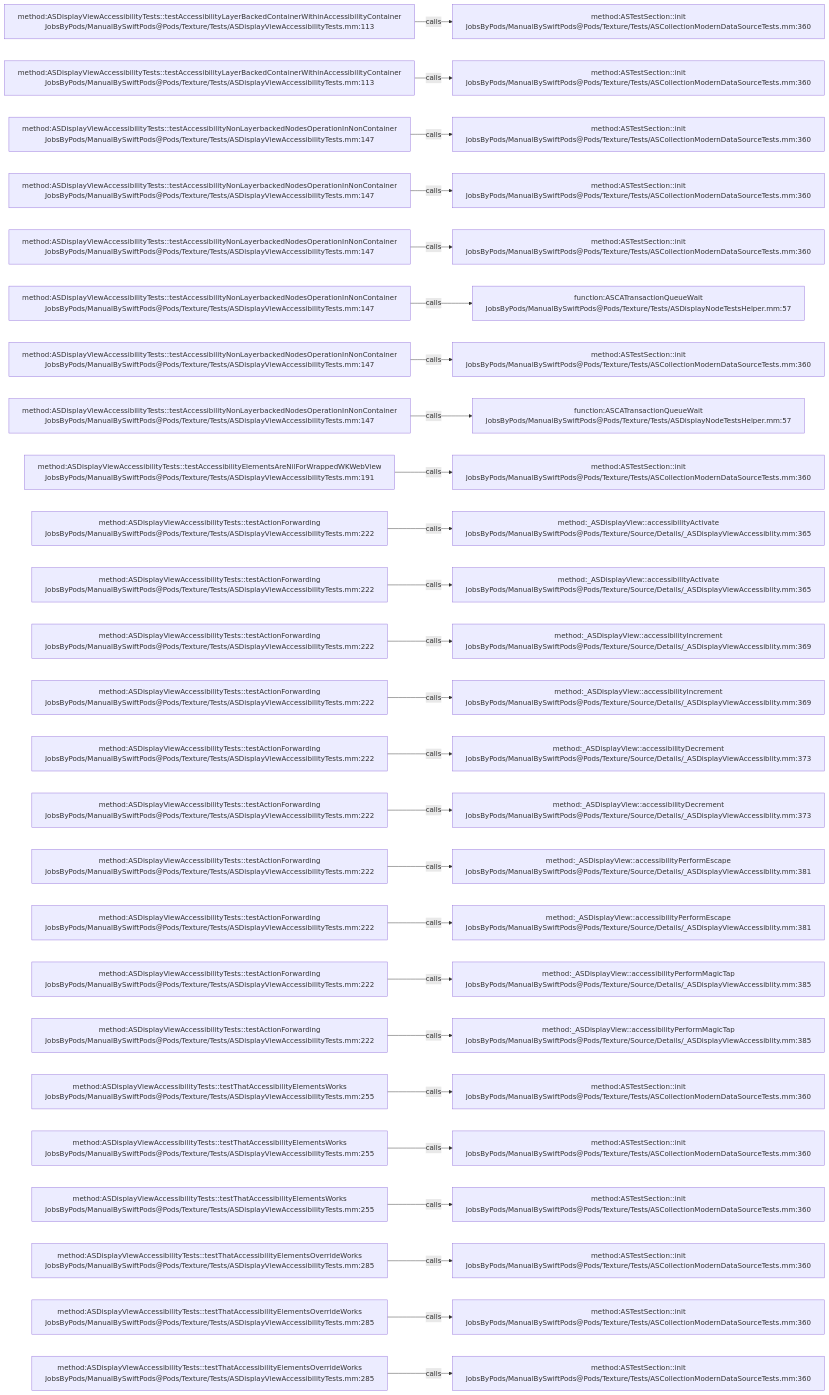
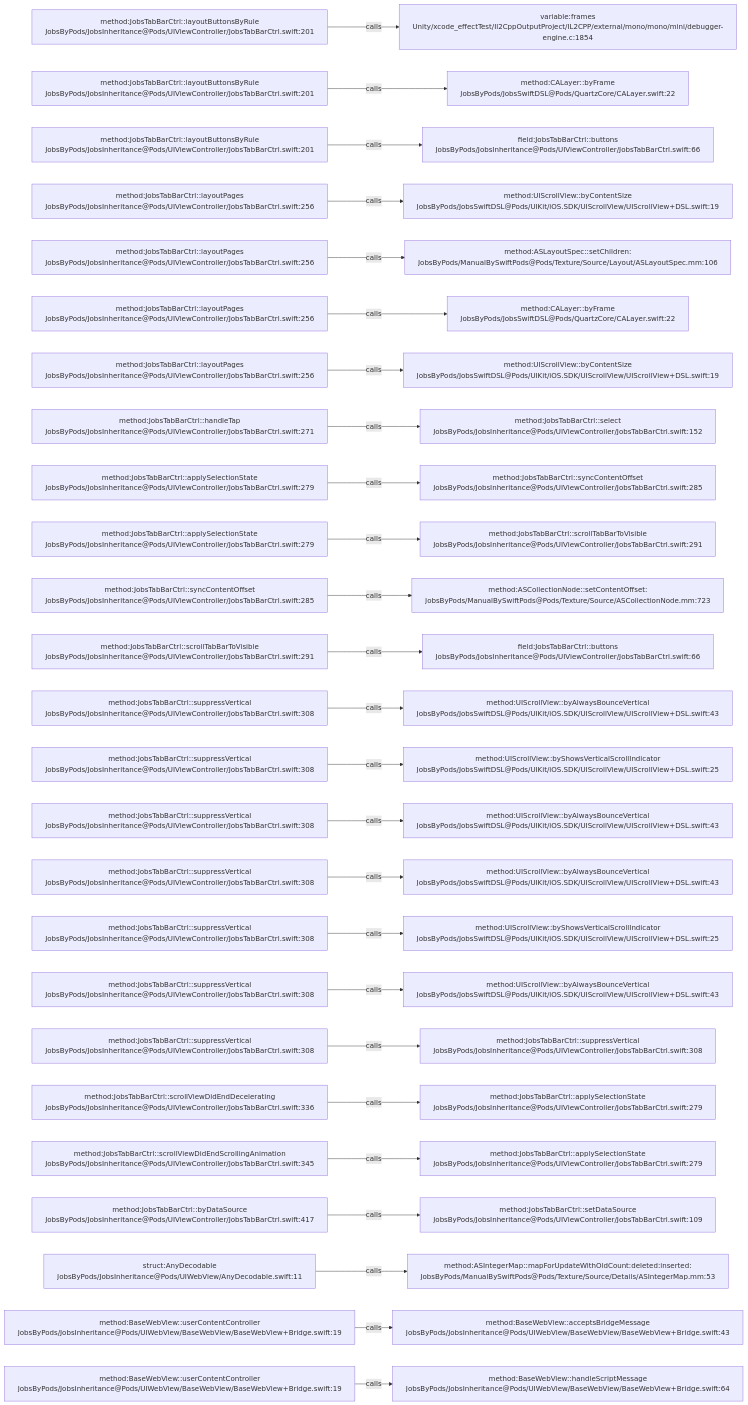
The diagram in .codegraph/codegraph.md/graphs/calls-198.md (JobsKits/JobsSwiftBaseConfigDemo), drawn with Mermaid before and after one commit. The commit also changed 224 other files, not shown here.

````diff
--- a/.codegraph/codegraph.md/graphs/calls-198.md
+++ b/.codegraph/codegraph.md/graphs/calls-198.md
@@ -13,78 +13,78 @@
 ```mermaid
 flowchart LR
-  S1["method:ASDisplayViewAccessibilityTests::testAccessibilityLayerBackedContainerWithinAccessibilityContainer<br/>JobsByPods/ManualBySwiftPods@Pods/Texture/Tests/ASDisplayViewAccessibilityTests.mm:113"]
-  T1["method:ASTestSection::init<br/>JobsByPods/ManualBySwiftPods@Pods/Texture/Tests/ASCollectionModernDataSourceTests.mm:360"]
+  S1["method:JobsTabBarCtrl::layoutButtonsByRule<br/>JobsByPods/JobsInheritance@Pods/UIViewController/JobsTabBarCtrl.swift:201"]
+  T1["variable:frames<br/>Unity/xcode_effectTest/Il2CppOutputProject/IL2CPP/external/mono/mono/mini/debugger-engine.c:1854"]
   S1 -->|calls| T1
-  S2["method:ASDisplayViewAccessibilityTests::testAccessibilityLayerBackedContainerWithinAccessibilityContainer<br/>JobsByPods/ManualBySwiftPods@Pods/Texture/Tests/ASDisplayViewAccessibilityTests.mm:113"]
-  T2["method:ASTestSection::init<br/>JobsByPods/ManualBySwiftPods@Pods/Texture/Tests/ASCollectionModernDataSourceTests.mm:360"]
+  S2["method:JobsTabBarCtrl::layoutButtonsByRule<br/>JobsByPods/JobsInheritance@Pods/UIViewController/JobsTabBarCtrl.swift:201"]
+  T2["method:CALayer::byFrame<br/>JobsByPods/JobsSwiftDSL@Pods/QuartzCore/CALayer.swift:22"]
   S2 -->|calls| T2
-  S3["method:ASDisplayViewAccessibilityTests::testAccessibilityNonLayerbackedNodesOperationInNonContainer<br/>JobsByPods/ManualBySwiftPods@Pods/Texture/Tests/ASDisplayViewAccessibilityTests.mm:147"]
-  T3["method:ASTestSection::init<br/>JobsByPods/ManualBySwiftPods@Pods/Texture/Tests/ASCollectionModernDataSourceTests.mm:360"]
+  S3["method:JobsTabBarCtrl::layoutButtonsByRule<br/>JobsByPods/JobsInheritance@Pods/UIViewController/JobsTabBarCtrl.swift:201"]
+  T3["field:JobsTabBarCtrl::buttons<br/>JobsByPods/JobsInheritance@Pods/UIViewController/JobsTabBarCtrl.swift:66"]
   S3 -->|calls| T3
-  S4["method:ASDisplayViewAccessibilityTests::testAccessibilityNonLayerbackedNodesOperationInNonContainer<br/>JobsByPods/ManualBySwiftPods@Pods/Texture/Tests/ASDisplayViewAccessibilityTests.mm:147"]
-  T4["method:ASTestSection::init<br/>JobsByPods/ManualBySwiftPods@Pods/Texture/Tests/ASCollectionModernDataSourceTests.mm:360"]
+  S4["method:JobsTabBarCtrl::layoutPages<br/>JobsByPods/JobsInheritance@Pods/UIViewController/JobsTabBarCtrl.swift:256"]
+  T4["method:UIScrollView::byContentSize<br/>JobsByPods/JobsSwiftDSL@Pods/UIKit/iOS.SDK/UIScrollView/UIScrollView+DSL.swift:19"]
   S4 -->|calls| T4
-  S5["method:ASDisplayViewAccessibilityTests::testAccessibilityNonLayerbackedNodesOperationInNonContainer<br/>JobsByPods/ManualBySwiftPods@Pods/Texture/Tests/ASDisplayViewAccessibilityTests.mm:147"]
-  T5["method:ASTestSection::init<br/>JobsByPods/ManualBySwiftPods@Pods/Texture/Tests/ASCollectionModernDataSourceTests.mm:360"]
+  S5["method:JobsTabBarCtrl::layoutPages<br/>JobsByPods/JobsInheritance@Pods/UIViewController/JobsTabBarCtrl.swift:256"]
+  T5["method:ASLayoutSpec::setChildren:<br/>JobsByPods/ManualBySwiftPods@Pods/Texture/Source/Layout/ASLayoutSpec.mm:106"]
   S5 -->|calls| T5
-  S6["method:ASDisplayViewAccessibilityTests::testAccessibilityNonLayerbackedNodesOperationInNonContainer<br/>JobsByPods/ManualBySwiftPods@Pods/Texture/Tests/ASDisplayViewAccessibilityTests.mm:147"]
-  T6["function:ASCATransactionQueueWait<br/>JobsByPods/ManualBySwiftPods@Pods/Texture/Tests/ASDisplayNodeTestsHelper.mm:57"]
+  S6["method:JobsTabBarCtrl::layoutPages<br/>JobsByPods/JobsInheritance@Pods/UIViewController/JobsTabBarCtrl.swift:256"]
+  T6["method:CALayer::byFrame<br/>JobsByPods/JobsSwiftDSL@Pods/QuartzCore/CALayer.swift:22"]
   S6 -->|calls| T6
-  S7["method:ASDisplayViewAccessibilityTests::testAccessibilityNonLayerbackedNodesOperationInNonContainer<br/>JobsByPods/ManualBySwiftPods@Pods/Texture/Tests/ASDisplayViewAccessibilityTests.mm:147"]
-  T7["method:ASTestSection::init<br/>JobsByPods/ManualBySwiftPods@Pods/Texture/Tests/ASCollectionModernDataSourceTests.mm:360"]
+  S7["method:JobsTabBarCtrl::layoutPages<br/>JobsByPods/JobsInheritance@Pods/UIViewController/JobsTabBarCtrl.swift:256"]
+  T7["method:UIScrollView::byContentSize<br/>JobsByPods/JobsSwiftDSL@Pods/UIKit/iOS.SDK/UIScrollView/UIScrollView+DSL.swift:19"]
   S7 -->|calls| T7
-  S8["method:ASDisplayViewAccessibilityTests::testAccessibilityNonLayerbackedNodesOperationInNonContainer<br/>JobsByPods/ManualBySwiftPods@Pods/Texture/Tests/ASDisplayViewAccessibilityTests.mm:147"]
-  T8["function:ASCATransactionQueueWait<br/>JobsByPods/ManualBySwiftPods@Pods/Texture/Tests/ASDisplayNodeTestsHelper.mm:57"]
+  S8["method:JobsTabBarCtrl::handleTap<br/>JobsByPods/JobsInheritance@Pods/UIViewController/JobsTabBarCtrl.swift:271"]
+  T8["method:JobsTabBarCtrl::select<br/>JobsByPods/JobsInheritance@Pods/UIViewController/JobsTabBarCtrl.swift:152"]
   S8 -->|calls| T8
-  S9["method:ASDisplayViewAccessibilityTests::testAccessibilityElementsAreNilForWrappedWKWebView<br/>JobsByPods/ManualBySwiftPods@Pods/Texture/Tests/ASDisplayViewAccessibilityTests.mm:191"]
-  T9["method:ASTestSection::init<br/>JobsByPods/ManualBySwiftPods@Pods/Texture/Tests/ASCollectionModernDataSourceTests.mm:360"]
+  S9["method:JobsTabBarCtrl::applySelectionState<br/>JobsByPods/JobsInheritance@Pods/UIViewController/JobsTabBarCtrl.swift:279"]
+  T9["method:JobsTabBarCtrl::syncContentOffset<br/>JobsByPods/JobsInheritance@Pods/UIViewController/JobsTabBarCtrl.swift:285"]
   S9 -->|calls| T9
-  S10["method:ASDisplayViewAccessibilityTests::testActionForwarding<br/>JobsByPods/ManualBySwiftPods@Pods/Texture/Tests/ASDisplayViewAccessibilityTests.mm:222"]
-  T10["method:_ASDisplayView::accessibilityActivate<br/>JobsByPods/ManualBySwiftPods@Pods/Texture/Source/Details/_ASDisplayViewAccessiblity.mm:365"]
+  S10["method:JobsTabBarCtrl::applySelectionState<br/>JobsByPods/JobsInheritance@Pods/UIViewController/JobsTabBarCtrl.swift:279"]
+  T10["method:JobsTabBarCtrl::scrollTabBarToVisible<br/>JobsByPods/JobsInheritance@Pods/UIViewController/JobsTabBarCtrl.swift:291"]
   S10 -->|calls| T10
-  S11["method:ASDisplayViewAccessibilityTests::testActionForwarding<br/>JobsByPods/ManualBySwiftPods@Pods/Texture/Tests/ASDisplayViewAccessibilityTests.mm:222"]
-  T11["method:_ASDisplayView::accessibilityActivate<br/>JobsByPods/ManualBySwiftPods@Pods/Texture/Source/Details/_ASDisplayViewAccessiblity.mm:365"]
+  S11["method:JobsTabBarCtrl::syncContentOffset<br/>JobsByPods/JobsInheritance@Pods/UIViewController/JobsTabBarCtrl.swift:285"]
+  T11["method:ASCollectionNode::setContentOffset:<br/>JobsByPods/ManualBySwiftPods@Pods/Texture/Source/ASCollectionNode.mm:723"]
   S11 -->|calls| T11
-  S12["method:ASDisplayViewAccessibilityTests::testActionForwarding<br/>JobsByPods/ManualBySwiftPods@Pods/Texture/Tests/ASDisplayViewAccessibilityTests.mm:222"]
-  T12["method:_ASDisplayView::accessibilityIncrement<br/>JobsByPods/ManualBySwiftPods@Pods/Texture/Source/Details/_ASDisplayViewAccessiblity.mm:369"]
+  S12["method:JobsTabBarCtrl::scrollTabBarToVisible<br/>JobsByPods/JobsInheritance@Pods/UIViewController/JobsTabBarCtrl.swift:291"]
+  T12["field:JobsTabBarCtrl::buttons<br/>JobsByPods/JobsInheritance@Pods/UIViewController/JobsTabBarCtrl.swift:66"]
   S12 -->|calls| T12
-  S13["method:ASDisplayViewAccessibilityTests::testActionForwarding<br/>JobsByPods/ManualBySwiftPods@Pods/Texture/Tests/ASDisplayViewAccessibilityTests.mm:222"]
-  T13["method:_ASDisplayView::accessibilityIncrement<br/>JobsByPods/ManualBySwiftPods@Pods/Texture/Source/Details/_ASDisplayViewAccessiblity.mm:369"]
+  S13["method:JobsTabBarCtrl::suppressVertical<br/>JobsByPods/JobsInheritance@Pods/UIViewController/JobsTabBarCtrl.swift:308"]
+  T13["method:UIScrollView::byAlwaysBounceVertical<br/>JobsByPods/JobsSwiftDSL@Pods/UIKit/iOS.SDK/UIScrollView/UIScrollView+DSL.swift:43"]
   S13 -->|calls| T13
-  S14["method:ASDisplayViewAccessibilityTests::testActionForwarding<br/>JobsByPods/ManualBySwiftPods@Pods/Texture/Tests/ASDisplayViewAccessibilityTests.mm:222"]
-  T14["method:_ASDisplayView::accessibilityDecrement<br/>JobsByPods/ManualBySwiftPods@Pods/Texture/Source/Details/_ASDisplayViewAccessiblity.mm:373"]
+  S14["method:JobsTabBarCtrl::suppressVertical<br/>JobsByPods/JobsInheritance@Pods/UIViewController/JobsTabBarCtrl.swift:308"]
+  T14["method:UIScrollView::byShowsVerticalScrollIndicator<br/>JobsByPods/JobsSwiftDSL@Pods/UIKit/iOS.SDK/UIScrollView/UIScrollView+DSL.swift:25"]
   S14 -->|calls| T14
-  S15["method:ASDisplayViewAccessibilityTests::testActionForwarding<br/>JobsByPods/ManualBySwiftPods@Pods/Texture/Tests/ASDisplayViewAccessibilityTests.mm:222"]
-  T15["method:_ASDisplayView::accessibilityDecrement<br/>JobsByPods/ManualBySwiftPods@Pods/Texture/Source/Details/_ASDisplayViewAccessiblity.mm:373"]
+  S15["method:JobsTabBarCtrl::suppressVertical<br/>JobsByPods/JobsInheritance@Pods/UIViewController/JobsTabBarCtrl.swift:308"]
+  T15["method:UIScrollView::byAlwaysBounceVertical<br/>JobsByPods/JobsSwiftDSL@Pods/UIKit/iOS.SDK/UIScrollView/UIScrollView+DSL.swift:43"]
   S15 -->|calls| T15
-  S16["method:ASDisplayViewAccessibilityTests::testActionForwarding<br/>JobsByPods/ManualBySwiftPods@Pods/Texture/Tests/ASDisplayViewAccessibilityTests.mm:222"]
-  T16["method:_ASDisplayView::accessibilityPerformEscape<br/>JobsByPods/ManualBySwiftPods@Pods/Texture/Source/Details/_ASDisplayViewAccessiblity.mm:381"]
+  S16["method:JobsTabBarCtrl::suppressVertical<br/>JobsByPods/JobsInheritance@Pods/UIViewController/JobsTabBarCtrl.swift:308"]
+  T16["method:UIScrollView::byAlwaysBounceVertical<br/>JobsByPods/JobsSwiftDSL@Pods/UIKit/iOS.SDK/UIScrollView/UIScrollView+DSL.swift:43"]
   S16 -->|calls| T16
-  S17["method:ASDisplayViewAccessibilityTests::testActionForwarding<br/>JobsByPods/ManualBySwiftPods@Pods/Texture/Tests/ASDisplayViewAccessibilityTests.mm:222"]
-  T17["method:_ASDisplayView::accessibilityPerformEscape<br/>JobsByPods/ManualBySwiftPods@Pods/Texture/Source/Details/_ASDisplayViewAccessiblity.mm:381"]
+  S17["method:JobsTabBarCtrl::suppressVertical<br/>JobsByPods/JobsInheritance@Pods/UIViewController/JobsTabBarCtrl.swift:308"]
+  T17["method:UIScrollView::byShowsVerticalScrollIndicator<br/>JobsByPods/JobsSwiftDSL@Pods/UIKit/iOS.SDK/UIScrollView/UIScrollView+DSL.swift:25"]
   S17 -->|calls| T17
-  S18["method:ASDisplayViewAccessibilityTests::testActionForwarding<br/>JobsByPods/ManualBySwiftPods@Pods/Texture/Tests/ASDisplayViewAccessibilityTests.mm:222"]
-  T18["method:_ASDisplayView::accessibilityPerformMagicTap<br/>JobsByPods/ManualBySwiftPods@Pods/Texture/Source/Details/_ASDisplayViewAccessiblity.mm:385"]
+  S18["method:JobsTabBarCtrl::suppressVertical<br/>JobsByPods/JobsInheritance@Pods/UIViewController/JobsTabBarCtrl.swift:308"]
+  T18["method:UIScrollView::byAlwaysBounceVertical<br/>JobsByPods/JobsSwiftDSL@Pods/UIKit/iOS.SDK/UIScrollView/UIScrollView+DSL.swift:43"]
   S18 -->|calls| T18
-  S19["method:ASDisplayViewAccessibilityTests::testActionForwarding<br/>JobsByPods/ManualBySwiftPods@Pods/Texture/Tests/ASDisplayViewAccessibilityTests.mm:222"]
-  T19["method:_ASDisplayView::accessibilityPerformMagicTap<br/>JobsByPods/ManualBySwiftPods@Pods/Texture/Source/Details/_ASDisplayViewAccessiblity.mm:385"]
+  S19["method:JobsTabBarCtrl::suppressVertical<br/>JobsByPods/JobsInheritance@Pods/UIViewController/JobsTabBarCtrl.swift:308"]
+  T19["method:JobsTabBarCtrl::suppressVertical<br/>JobsByPods/JobsInheritance@Pods/UIViewController/JobsTabBarCtrl.swift:308"]
   S19 -->|calls| T19
-  S20["method:ASDisplayViewAccessibilityTests::testThatAccessibilityElementsWorks<br/>JobsByPods/ManualBySwiftPods@Pods/Texture/Tests/ASDisplayViewAccessibilityTests.mm:255"]
-  T20["method:ASTestSection::init<br/>JobsByPods/ManualBySwiftPods@Pods/Texture/Tests/ASCollectionModernDataSourceTests.mm:360"]
+  S20["method:JobsTabBarCtrl::scrollViewDidEndDecelerating<br/>JobsByPods/JobsInheritance@Pods/UIViewController/JobsTabBarCtrl.swift:336"]
+  T20["method:JobsTabBarCtrl::applySelectionState<br/>JobsByPods/JobsInheritance@Pods/UIViewController/JobsTabBarCtrl.swift:279"]
   S20 -->|calls| T20
-  S21["method:ASDisplayViewAccessibilityTests::testThatAccessibilityElementsWorks<br/>JobsByPods/ManualBySwiftPods@Pods/Texture/Tests/ASDisplayViewAccessibilityTests.mm:255"]
-  T21["method:ASTestSection::init<br/>JobsByPods/ManualBySwiftPods@Pods/Texture/Tests/ASCollectionModernDataSourceTests.mm:360"]
+  S21["method:JobsTabBarCtrl::scrollViewDidEndScrollingAnimation<br/>JobsByPods/JobsInheritance@Pods/UIViewController/JobsTabBarCtrl.swift:345"]
+  T21["method:JobsTabBarCtrl::applySelectionState<br/>JobsByPods/JobsInheritance@Pods/UIViewController/JobsTabBarCtrl.swift:279"]
   S21 -->|calls| T21
-  S22["method:ASDisplayViewAccessibilityTests::testThatAccessibilityElementsWorks<br/>JobsByPods/ManualBySwiftPods@Pods/Texture/Tests/ASDisplayViewAccessibilityTests.mm:255"]
-  T22["method:ASTestSection::init<br/>JobsByPods/ManualBySwiftPods@Pods/Texture/Tests/ASCollectionModernDataSourceTests.mm:360"]
+  S22["method:JobsTabBarCtrl::byDataSource<br/>JobsByPods/JobsInheritance@Pods/UIViewController/JobsTabBarCtrl.swift:417"]
+  T22["method:JobsTabBarCtrl::setDataSource<br/>JobsByPods/JobsInheritance@Pods/UIViewController/JobsTabBarCtrl.swift:109"]
   S22 -->|calls| T22
-  S23["method:ASDisplayViewAccessibilityTests::testThatAccessibilityElementsOverrideWorks<br/>JobsByPods/ManualBySwiftPods@Pods/Texture/Tests/ASDisplayViewAccessibilityTests.mm:285"]
-  T23["method:ASTestSection::init<br/>JobsByPods/ManualBySwiftPods@Pods/Texture/Tests/ASCollectionModernDataSourceTests.mm:360"]
+  S23["struct:AnyDecodable<br/>JobsByPods/JobsInheritance@Pods/UIWebView/AnyDecodable.swift:11"]
+  T23["method:ASIntegerMap::mapForUpdateWithOldCount:deleted:inserted:<br/>JobsByPods/ManualBySwiftPods@Pods/Texture/Source/Details/ASIntegerMap.mm:53"]
   S23 -->|calls| T23
-  S24["method:ASDisplayViewAccessibilityTests::testThatAccessibilityElementsOverrideWorks<br/>JobsByPods/ManualBySwiftPods@Pods/Texture/Tests/ASDisplayViewAccessibilityTests.mm:285"]
-  T24["method:ASTestSection::init<br/>JobsByPods/ManualBySwiftPods@Pods/Texture/Tests/ASCollectionModernDataSourceTests.mm:360"]
+  S24["method:BaseWebView::userContentController<br/>JobsByPods/JobsInheritance@Pods/UIWebView/BaseWebView/BaseWebView+Bridge.swift:19"]
+  T24["method:BaseWebView::acceptsBridgeMessage<br/>JobsByPods/JobsInheritance@Pods/UIWebView/BaseWebView/BaseWebView+Bridge.swift:43"]
   S24 -->|calls| T24
-  S25["method:ASDisplayViewAccessibilityTests::testThatAccessibilityElementsOverrideWorks<br/>JobsByPods/ManualBySwiftPods@Pods/Texture/Tests/ASDisplayViewAccessibilityTests.mm:285"]
-  T25["method:ASTestSection::init<br/>JobsByPods/ManualBySwiftPods@Pods/Texture/Tests/ASCollectionModernDataSourceTests.mm:360"]
+  S25["method:BaseWebView::userContentController<br/>JobsByPods/JobsInheritance@Pods/UIWebView/BaseWebView/BaseWebView+Bridge.swift:19"]
+  T25["method:BaseWebView::handleScriptMessage<br/>JobsByPods/JobsInheritance@Pods/UIWebView/BaseWebView/BaseWebView+Bridge.swift:64"]
   S25 -->|calls| T25
 ```
````
